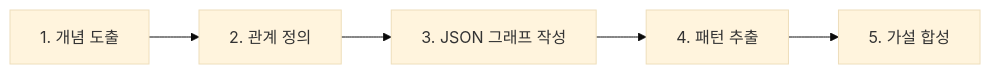
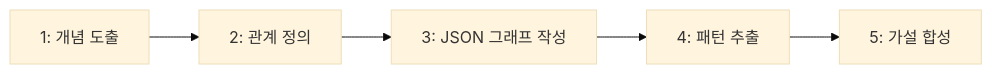
One commit to yoosungung/wiki changed the diagram in wiki/Models/RL/Graph-PRefLexOR-Graph-Native-RL.md. Above: the diagram before and after it, drawn with Mermaid (base theme). The commit also changed 3 other files, not shown here.

First line of the commit message:
fix(wiki): replace Mermaid label N. with N: to avoid list parse

````diff
--- a/wiki/Models/RL/Graph-PRefLexOR-Graph-Native-RL.md
+++ b/wiki/Models/RL/Graph-PRefLexOR-Graph-Native-RL.md
@@ -29,7 +29,7 @@
 ```mermaid
 graph LR
-    Brain["1. 개념 도출"] --> Sketch["2. 관계 정의"]
-    Sketch --> JSON["3. JSON 그래프 작성"]
-    JSON --> Pattern["4. 패턴 추출"]
-    Pattern --> Hypothesis["5. 가설 합성"]
+    Brain["1: 개념 도출"] --> Sketch["2: 관계 정의"]
+    Sketch --> JSON["3: JSON 그래프 작성"]
+    JSON --> Pattern["4: 패턴 추출"]
+    Pattern --> Hypothesis["5: 가설 합성"]
 ```
````
